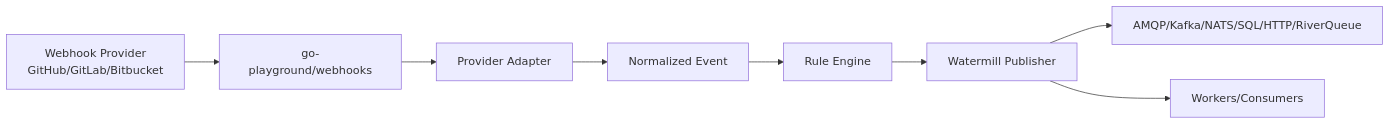
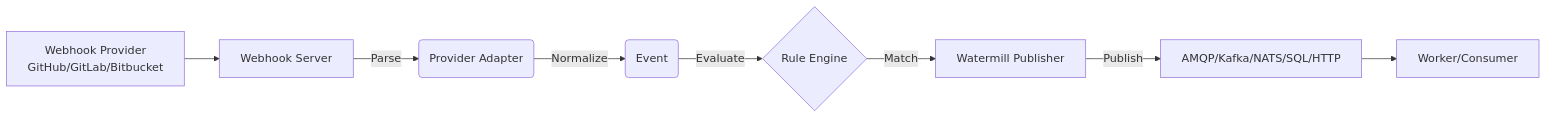
One commit to yindia/githook changed the diagram in README.md. Above: the diagram before and after it, drawn with Mermaid. The commit also changed other lines of this file, not shown here.

````diff
--- a/README.md
+++ b/README.md
@@ -13,10 +33,10 @@
 ```mermaid
 flowchart LR
-  A[Webhook Provider\nGitHub/GitLab/Bitbucket] --> B[go-playground/webhooks]
-  B --> C[Provider Adapter]
-  C --> D[Normalized Event]
-  D --> E[Rule Engine]
-  E --> F[Watermill Publisher]
-  F --> G[AMQP/Kafka/NATS/SQL/HTTP/RiverQueue]
-  F --> H[Workers/Consumers]
+  A[Webhook Provider\nGitHub/GitLab/Bitbucket] --> B[Webhook Server]
+  B -- Parse --> C(Provider Adapter)
+  C -- Normalize --> D(Event)
+  D -- Evaluate --> E{Rule Engine}
+  E -- Match --> F[Watermill Publisher]
+  F -- Publish --> G[AMQP/Kafka/NATS/SQL/HTTP]
+  G --> H[Worker/Consumer]
 ```
````
